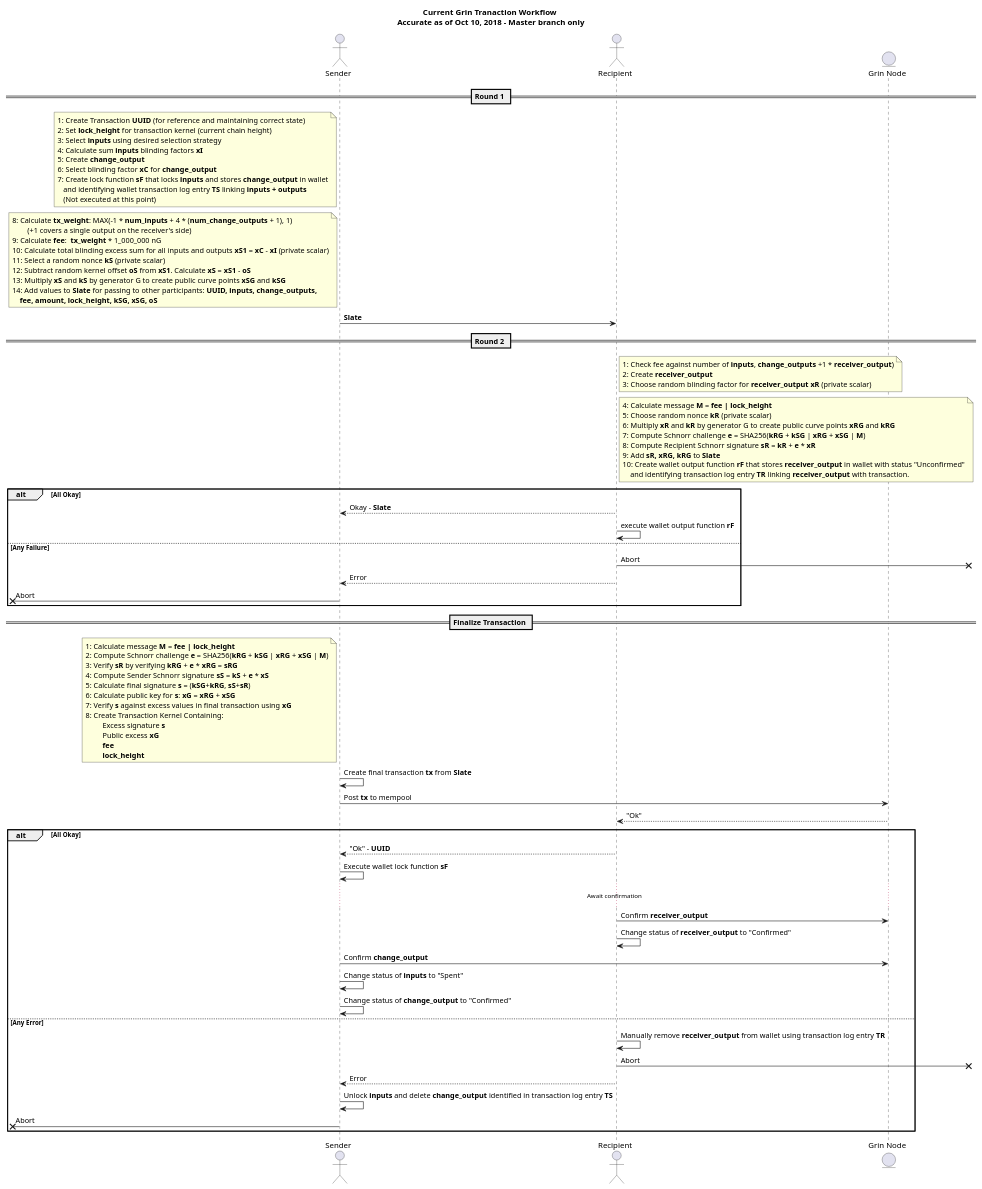
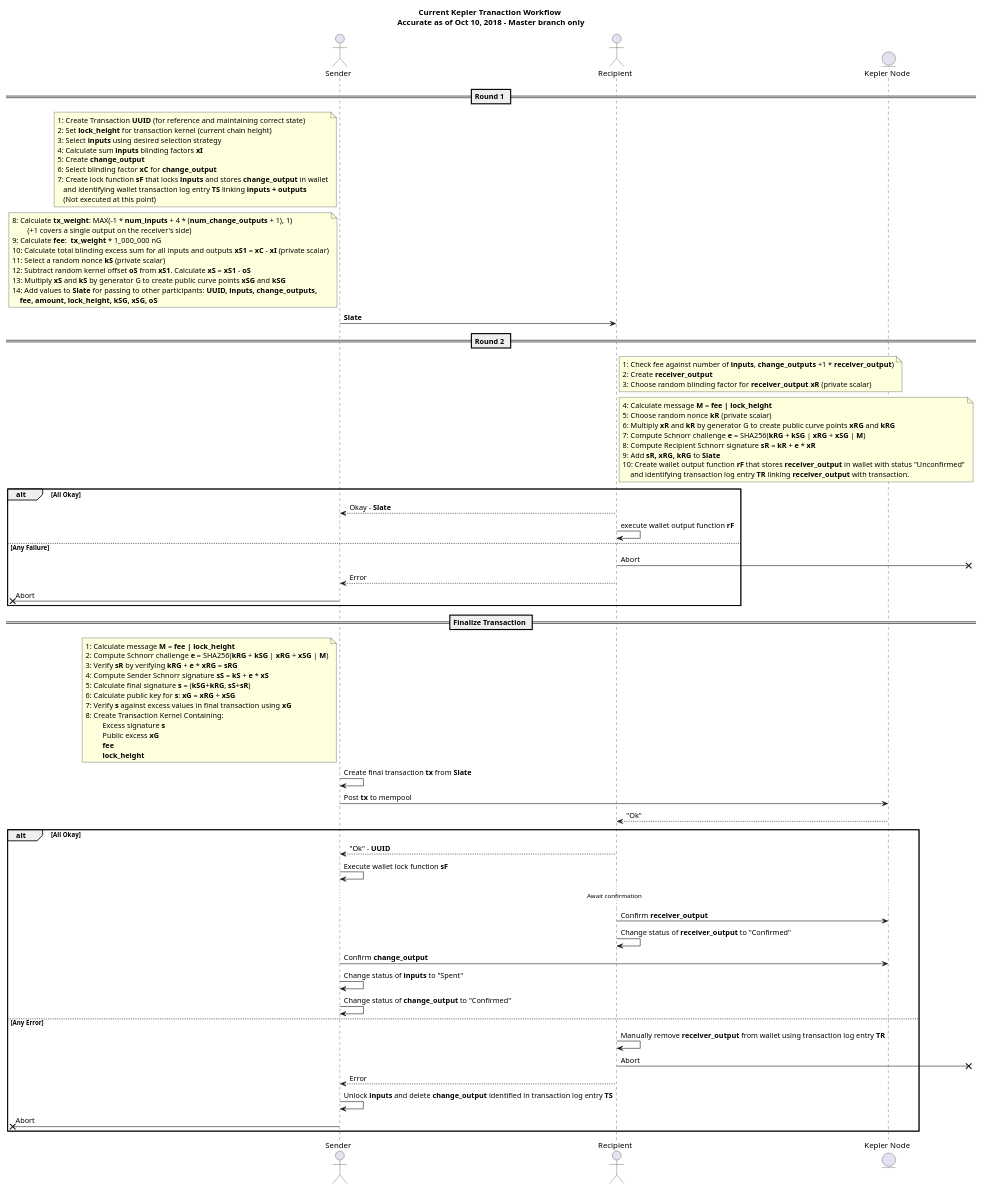
The diagram in doc/wallet/transaction/basic-transaction-wf.puml (keplernetwork/kepler), drawn with PlantUML before and after one commit. The commit also changed 265 other files, not shown here.

```diff
--- a/doc/wallet/transaction/basic-transaction-wf.puml
+++ b/doc/wallet/transaction/basic-transaction-wf.puml
@@ -1,97 +1,97 @@
 @startuml grin-transaction
 
 title 
-**Current Grin Tranaction Workflow** 
+**Current Kepler Tranaction Workflow** 
 Accurate as of Oct 10, 2018 - Master branch only
 end title
 
 actor "Sender" as sender
 actor "Recipient" as recipient
-entity "Grin Node" as grin_node
+entity "Kepler Node" as grin_node
 
 == Round 1 ==
 
 note left of sender
 	1: Create Transaction **UUID** (for reference and maintaining correct state)
 	2: Set **lock_height** for transaction kernel (current chain height)
 	3: Select **inputs** using desired selection strategy
 	4: Calculate sum **inputs** blinding factors **xI**
 	5: Create **change_output**
 	6: Select blinding factor **xC** for **change_output**
 	7: Create lock function **sF** that locks **inputs** and stores **change_output** in wallet
 	   and identifying wallet transaction log entry **TS** linking **inputs + outputs**
 	   (Not executed at this point)
 end note
 note left of sender
 	8: Calculate **tx_weight**: MAX(-1 * **num_inputs** + 4 * (**num_change_outputs** + 1), 1)
 		(+1 covers a single output on the receiver's side)
 	9: Calculate **fee**:  **tx_weight** * 1_000_000 nG
 	10: Calculate total blinding excess sum for all inputs and outputs **xS1** = **xC** - **xI** (private scalar)
 	11: Select a random nonce **kS** (private scalar)
 	12: Subtract random kernel offset **oS** from **xS1**. Calculate **xS** = **xS1** - **oS**
 	13: Multiply **xS** and **kS** by generator G to create public curve points **xSG** and **kSG**
 	14: Add values to **Slate** for passing to other participants: **UUID, inputs, change_outputs,**
 	    **fee, amount, lock_height, kSG, xSG, oS**
 end note
 sender -> recipient: **Slate**
 == Round 2 ==
 note right of recipient
 	1: Check fee against number of **inputs**, **change_outputs** +1 * **receiver_output**)
 	2: Create **receiver_output**
 	3: Choose random blinding factor for **receiver_output** **xR** (private scalar)
 end note
 note right of recipient
 	4: Calculate message **M** = **fee | lock_height **
 	5: Choose random nonce **kR** (private scalar)
 	6: Multiply **xR** and **kR** by generator G to create public curve points **xRG** and **kRG**
 	7: Compute Schnorr challenge **e** = SHA256(**kRG** + **kSG** | **xRG** + **xSG** | **M**)
 	8: Compute Recipient Schnorr signature **sR** = **kR** + **e** * **xR**
 	9: Add **sR, xRG, kRG** to **Slate**
 	10: Create wallet output function **rF** that stores **receiver_output** in wallet with status "Unconfirmed"
 	    and identifying transaction log entry **TR** linking **receiver_output** with transaction.
 end note
 alt All Okay
 recipient --> sender: Okay - **Slate**
 recipient -> recipient: execute wallet output function **rF**
 else Any Failure
 recipient ->x]: Abort
 recipient --> sender: Error
 [x<- sender: Abort
 end
 == Finalize Transaction ==
 note left of sender
 	1: Calculate message **M** = **fee | lock_height **
 	2: Compute Schnorr challenge **e** = SHA256(**kRG** + **kSG** | **xRG** + **xSG** | **M**)
 	3: Verify **sR** by verifying **kRG** + **e** * **xRG** = **sRG**
 	4: Compute Sender Schnorr signature **sS** = **kS** + **e** * **xS**
 	5: Calculate final signature **s** = (**kSG**+**kRG**, **sS**+**sR**)
 	6: Calculate public key for **s**: **xG** = **xRG** + **xSG**
 	7: Verify **s** against excess values in final transaction using **xG**
 	8: Create Transaction Kernel Containing:
 		 Excess signature **s**
 		 Public excess **xG**
 		 **fee**
 		 **lock_height**
 end note
 sender -> sender: Create final transaction **tx** from **Slate**
 sender -> grin_node: Post **tx** to mempool
 grin_node --> recipient: "Ok"
 alt All Okay
 recipient --> sender: "Ok" - **UUID**
 sender -> sender: Execute wallet lock function **sF**
 ...Await confirmation...
 recipient -> grin_node: Confirm **receiver_output**
 recipient -> recipient: Change status of **receiver_output** to "Confirmed"
 sender -> grin_node: Confirm **change_output**
 sender -> sender: Change status of **inputs** to "Spent"
 sender -> sender: Change status of **change_output** to "Confirmed"
 else Any Error
 recipient -> recipient: Manually remove **receiver_output** from wallet using transaction log entry **TR**
 recipient ->x]: Abort
 recipient --> sender: Error
 sender -> sender: Unlock **inputs** and delete **change_output** identified in transaction log entry **TS**
 [x<- sender: Abort
 end
 
 
 @enduml
```
